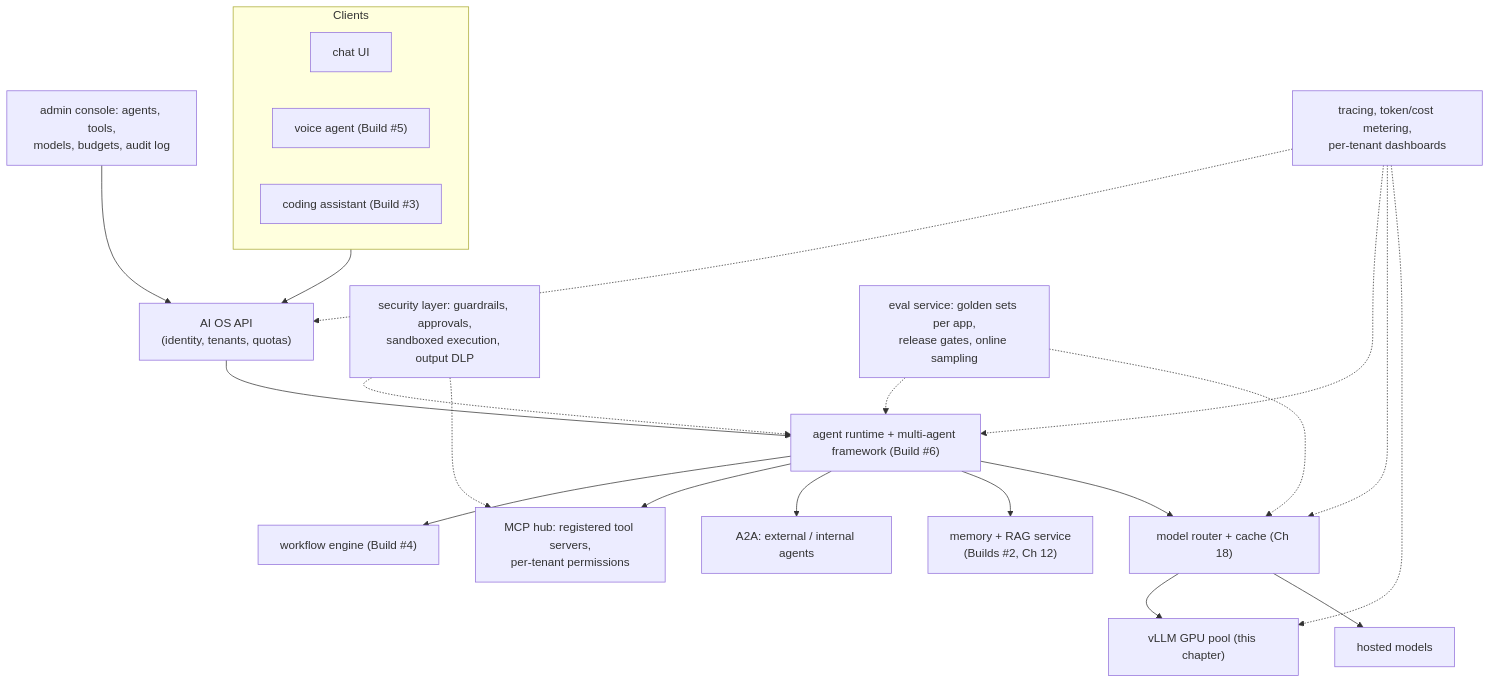
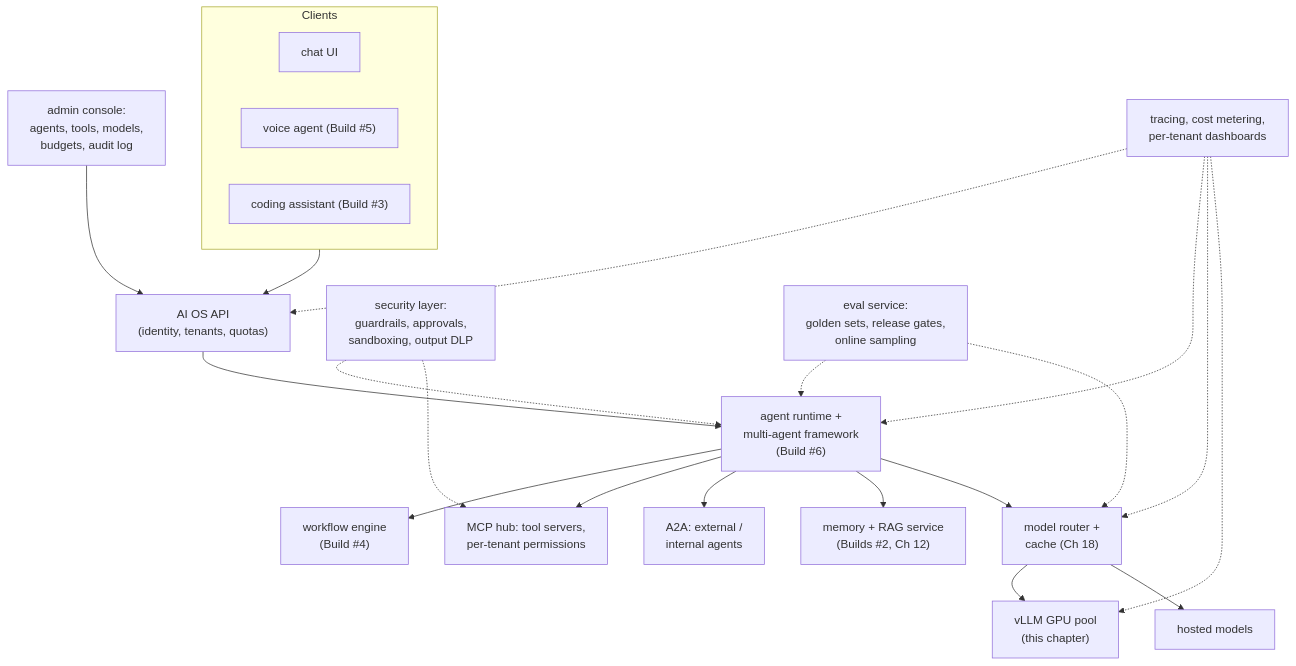
Before and after one commit to Charikshith/Guide: the fourth of 4 diagrams in volumes/volume-5-ai-systems/ch20-gpu-infrastructure-and-the-ai-os.md, drawn with Mermaid. The commit also changed 64 other files, not shown here.

Commit message:
Guide: fit wide diagrams on the page (grow into the free right margin, smaller minimum scale), redraw 33 long flowcharts in the other direction, tighten five wide sequence diagrams

````diff
--- a/volumes/volume-5-ai-systems/ch20-gpu-infrastructure-and-the-ai-os.md
+++ b/volumes/volume-5-ai-systems/ch20-gpu-infrastructure-and-the-ai-os.md
@@ -247,21 +247,21 @@
 ```mermaid
 flowchart TD
     subgraph Clients
       CH["chat UI"]
       VO["voice agent (Build #5)"]
       CO["coding assistant (Build #3)"]
     end
     Clients --> API["AI OS API<br/>(identity, tenants, quotas)"]
-    API --> RT["agent runtime + multi-agent framework (Build #6)"]
-    RT --> WF["workflow engine (Build #4)"]
-    RT --> TOOLS["MCP hub: registered tool servers,<br/>per-tenant permissions"]
-    RT --> PEERS["A2A: external / internal agents"]
+    API --> RT["agent runtime +<br/>multi-agent framework<br/>(Build #6)"]
+    RT --> WF["workflow engine<br/>(Build #4)"]
+    RT --> TOOLS["MCP hub: tool servers,<br/>per-tenant permissions"]
+    RT --> PEERS["A2A: external /<br/>internal agents"]
     RT --> MEM["memory + RAG service<br/>(Builds #2, Ch 12)"]
-    RT --> ROUTE["model router + cache (Ch 18)"]
-    ROUTE --> GPU["vLLM GPU pool (this chapter)"]
+    RT --> ROUTE["model router +<br/>cache (Ch 18)"]
+    ROUTE --> GPU["vLLM GPU pool<br/>(this chapter)"]
     ROUTE --> HOST["hosted models"]
-    SEC["security layer: guardrails, approvals,<br/>sandboxed execution, output DLP"] -.-> RT & TOOLS
-    OBS["tracing, token/cost metering,<br/>per-tenant dashboards"] -.-> API & RT & ROUTE & GPU
-    EVAL["eval service: golden sets per app,<br/>release gates, online sampling"] -.-> RT & ROUTE
-    ADMIN["admin console: agents, tools,<br/>models, budgets, audit log"] --> API
+    SEC["security layer:<br/>guardrails, approvals,<br/>sandboxing, output DLP"] -.-> RT & TOOLS
+    OBS["tracing, cost metering,<br/>per-tenant dashboards"] -.-> API & RT & ROUTE & GPU
+    EVAL["eval service:<br/>golden sets, release gates,<br/>online sampling"] -.-> RT & ROUTE
+    ADMIN["admin console:<br/>agents, tools, models,<br/>budgets, audit log"] --> API
 ```
````
